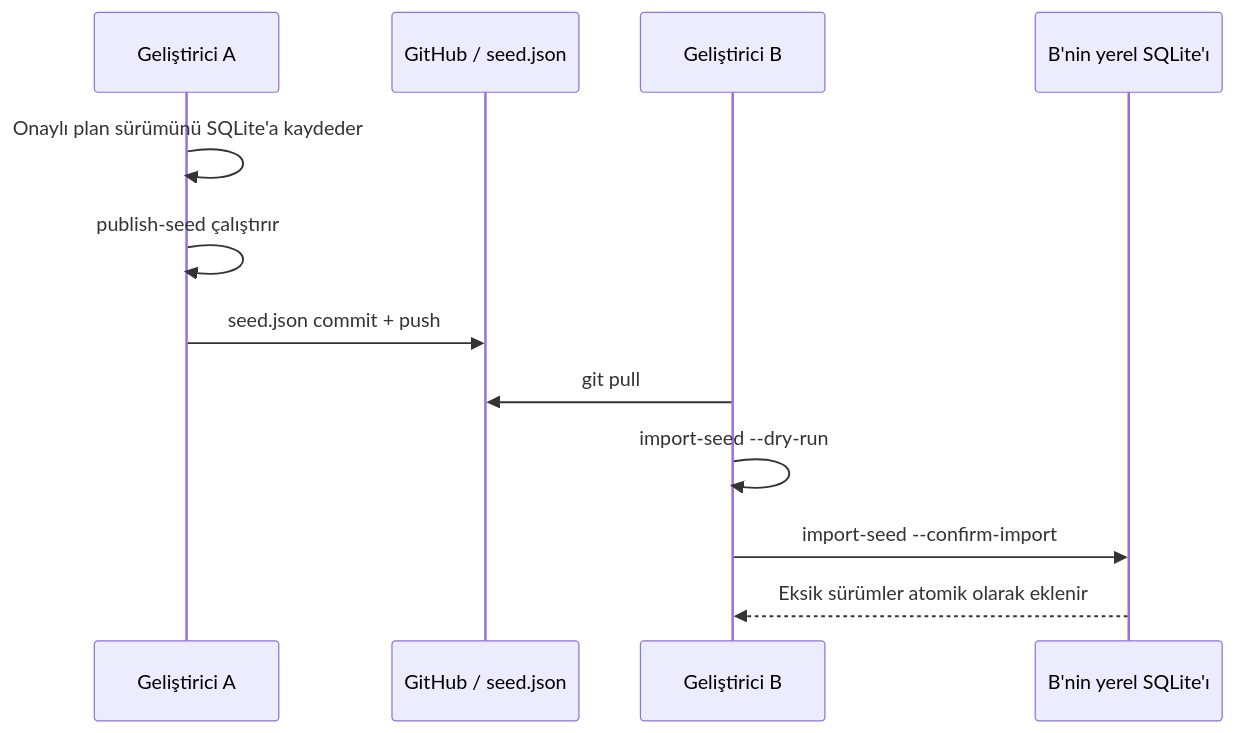
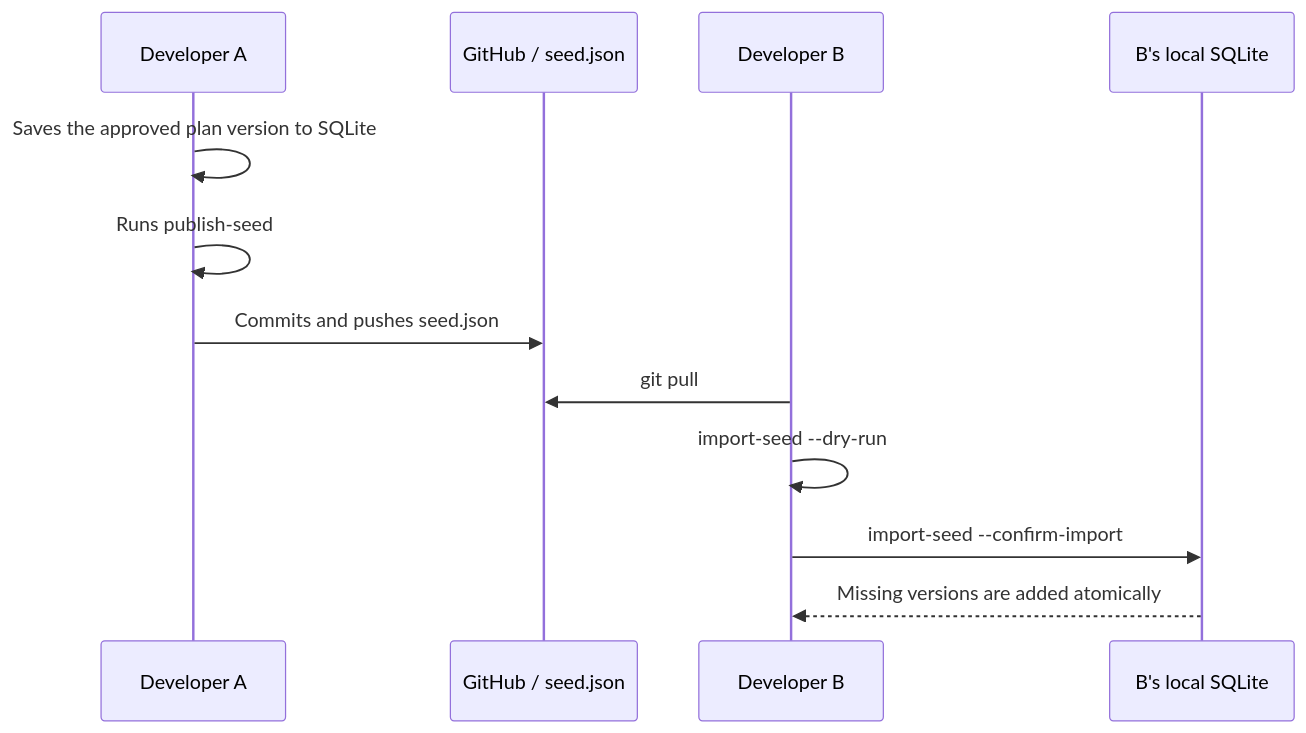
The fourth of 5 diagrams in README.md (atakhanyilmaz/PickWise), drawn with Mermaid before and after one commit. The commit also changed other lines of this file, not shown here.

````diff
--- a/README.md
+++ b/README.md
@@ -222,15 +234,15 @@
 ```mermaid
 sequenceDiagram
-    participant A as Geliştirici A
+    participant A as Developer A
     participant G as GitHub / seed.json
-    participant B as Geliştirici B
-    participant DB as B'nin yerel SQLite'ı
+    participant B as Developer B
+    participant DB as B's local SQLite
 
-    A->>A: Onaylı plan sürümünü SQLite'a kaydeder
-    A->>A: publish-seed çalıştırır
-    A->>G: seed.json commit + push
+    A->>A: Saves the approved plan version to SQLite
+    A->>A: Runs publish-seed
+    A->>G: Commits and pushes seed.json
     B->>G: git pull
     B->>B: import-seed --dry-run
     B->>DB: import-seed --confirm-import
-    DB-->>B: Eksik sürümler atomik olarak eklenir
+    DB-->>B: Missing versions are added atomically
 ```
````
